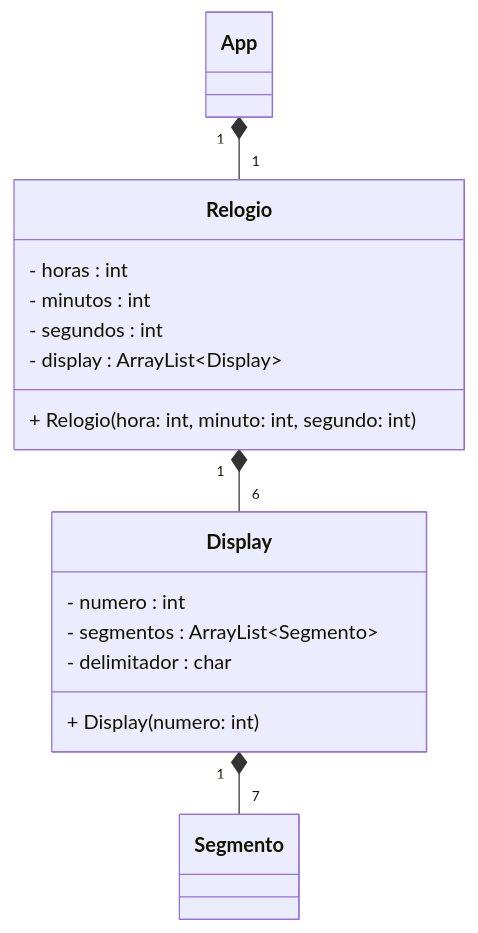
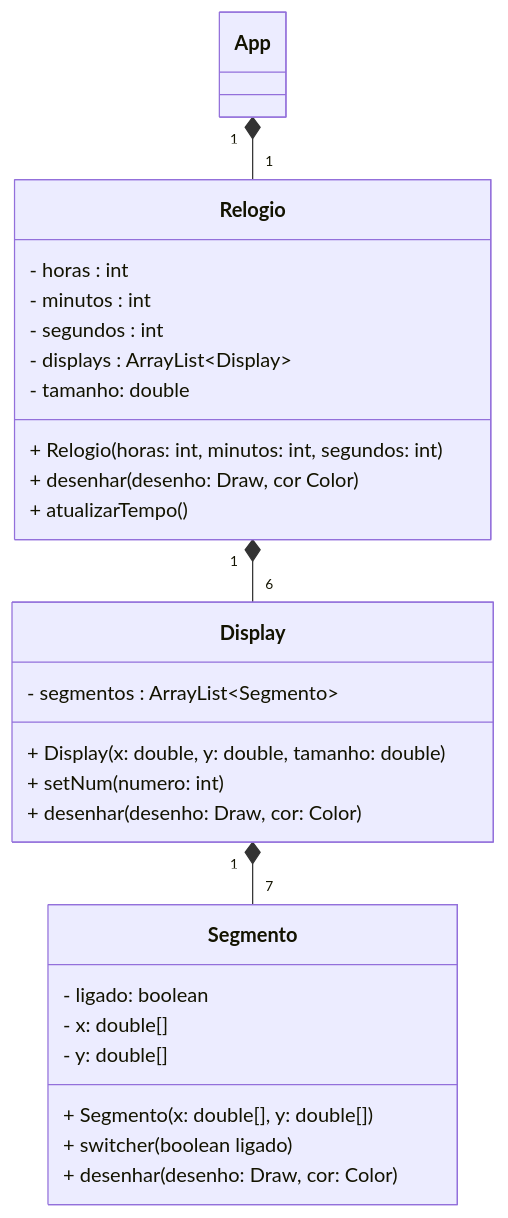
One commit to yanvpp/POO changed the diagram in lab_06/Readme.md. Above: the diagram before and after it, drawn with Mermaid.

Commit message:
atualizando UML

````diff
--- a/lab_06/Readme.md
+++ b/lab_06/Readme.md
@@ -3,31 +3,38 @@
 ```mermaid
 classDiagram
-direction TB
-
+    
     App"1" *-- "1"Relogio
     Relogio"1" *-- "6"Display
     Display"1" *-- "7"Segmento
 
     class App {
 
     }
 
     class Relogio {
         - horas : int
         - minutos : int
         - segundos : int
-        - display : ArrayList~Display~
-        + Relogio(hora: int, minuto: int, segundo: int)
+        - displays : ArrayList~Display~
+        - tamanho: double
+        + Relogio(horas: int, minutos: int, segundos: int)
+        + desenhar(desenho: Draw, cor Color)
+        + atualizarTempo()
     }
 
     class Display {
-        - numero : int
         - segmentos : ArrayList~Segmento~
-        - delimitador : char
-        + Display(numero: int)
+        + Display(x: double, y: double, tamanho: double)
+        + setNum(numero: int)
+        + desenhar(desenho: Draw, cor: Color)
     }
 
     class Segmento {
-
+        - ligado: boolean
+        - x: double[]
+        - y: double[]
+        + Segmento(x: double[], y: double[])
+        + switcher(boolean ligado)
+        + desenhar(desenho: Draw, cor: Color)
     }
 ```
````
